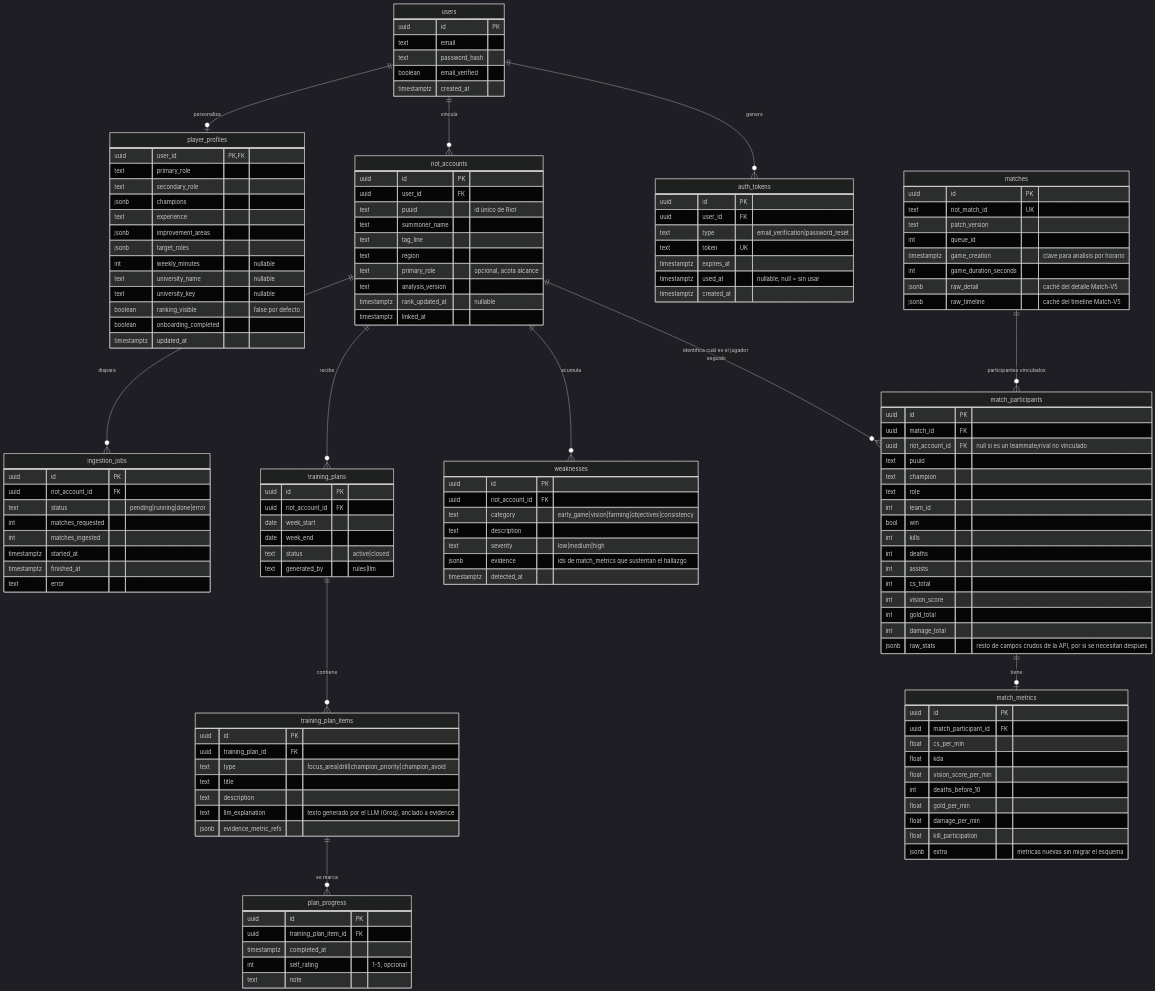
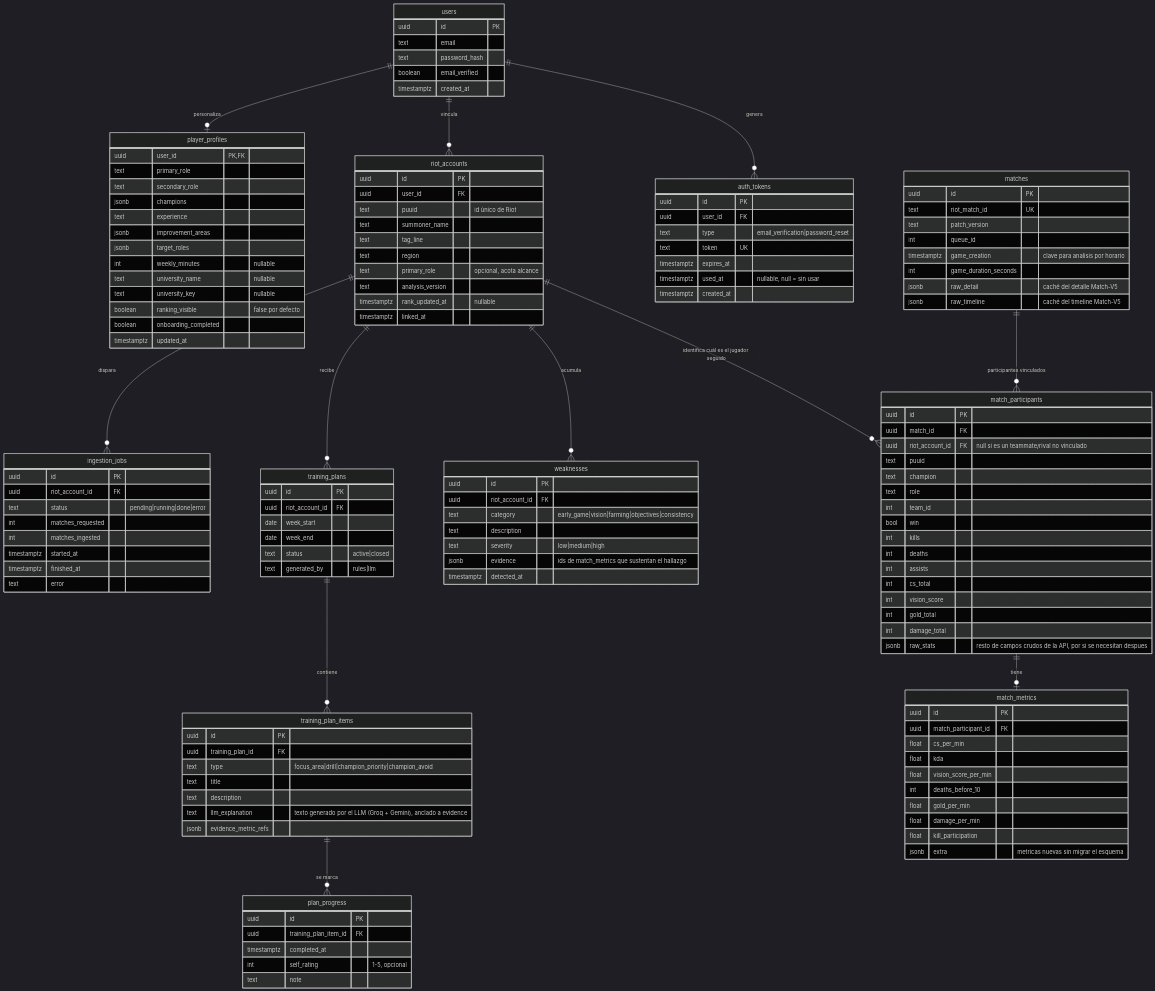
The diagram in docs/modelo-entidad-relacion.md (erickm13/lol-performance-coach), drawn with Mermaid (dark theme) before and after one commit. The commit also changed other lines of this file and 21 other files, not shown here.

Commit message:
feat: combine Gemini and Groq with quota fallback

```diff
--- a/docs/modelo-entidad-relacion.md
+++ b/docs/modelo-entidad-relacion.md
@@ -134,7 +134,7 @@
         text type "focus_area|drill|champion_priority|champion_avoid"
         text title
         text description
-        text llm_explanation "texto generado por el LLM (Groq), anclado a evidence"
+        text llm_explanation "texto generado por el LLM (Groq + Gemini), anclado a evidence"
         jsonb evidence_metric_refs
     }
     plan_progress {
```
